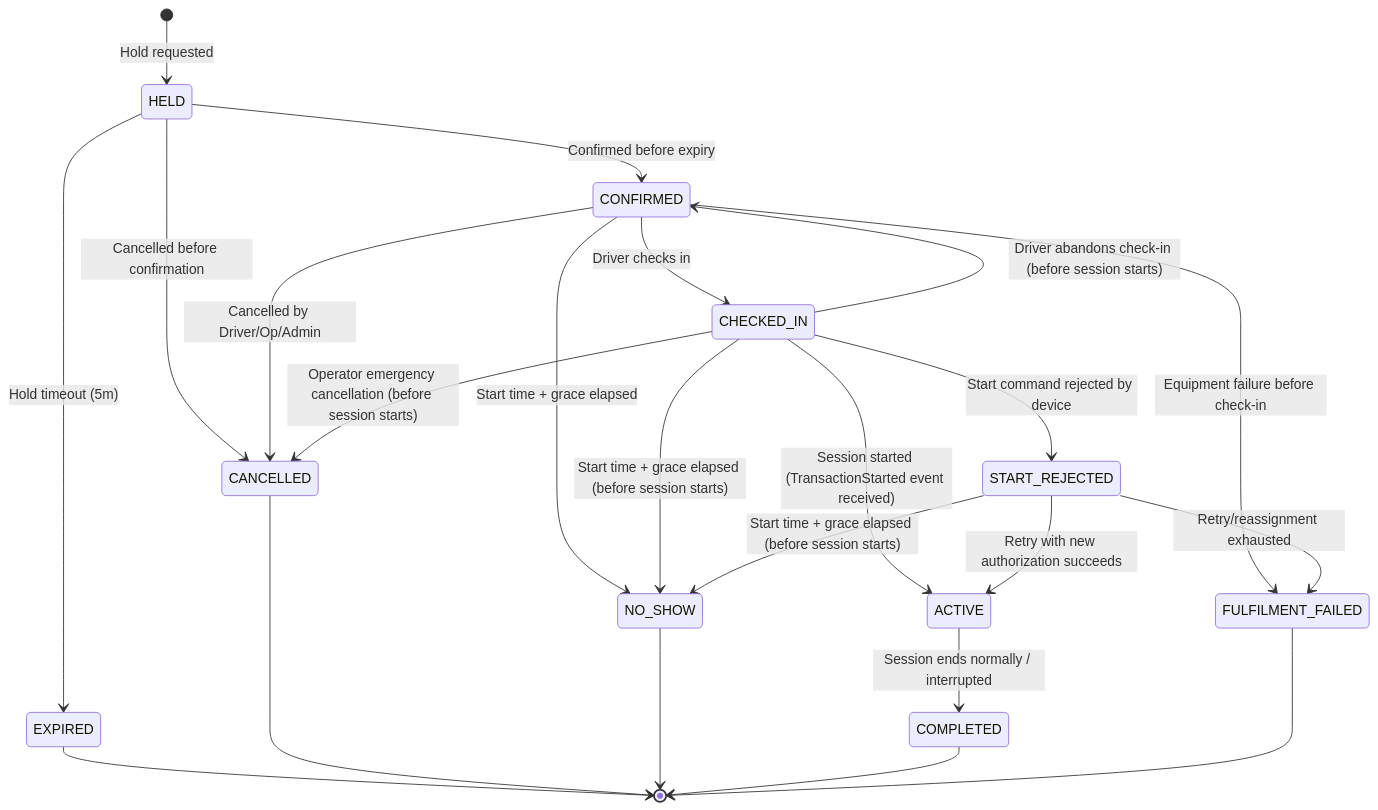
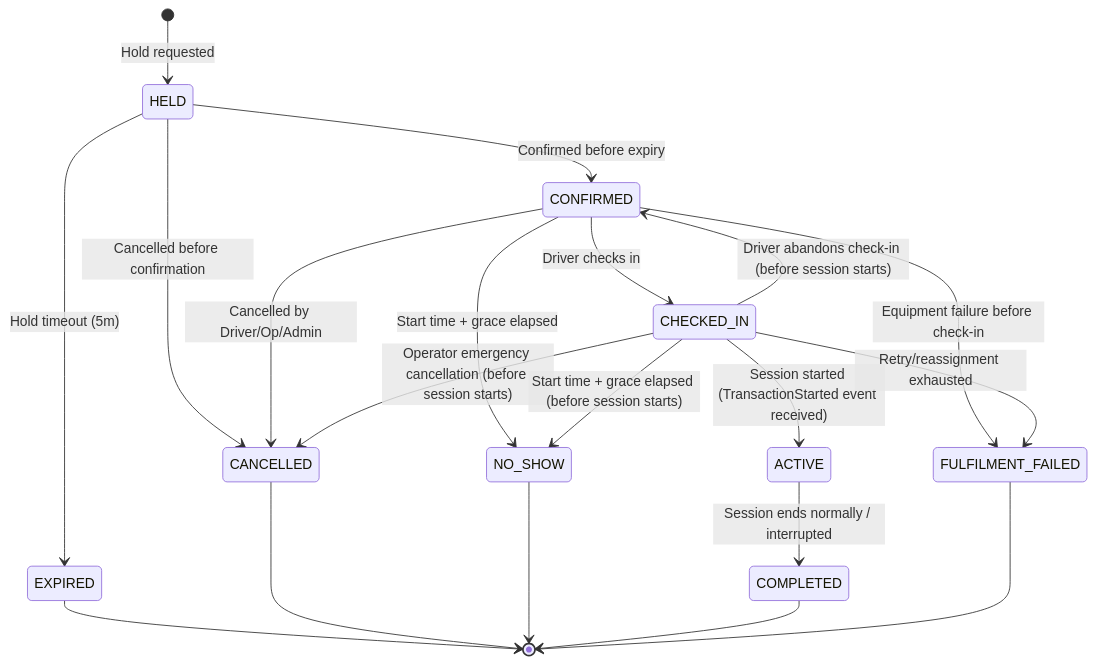
The diagram in docs/03_domain/02_lifecycle_and_invariant_catalogue_v1.0.md (panospao7/Ev-chargind-station), drawn with Mermaid before and after one commit. The commit also changed other lines of this file and 12 other files, not shown here.

````diff
--- a/docs/03_domain/02_lifecycle_and_invariant_catalogue_v1.0.md
+++ b/docs/03_domain/02_lifecycle_and_invariant_catalogue_v1.0.md
@@ -20,25 +20,22 @@
 ```mermaid
 stateDiagram-v2
     [*] --> HELD : Hold requested
     HELD --> CONFIRMED : Confirmed before expiry
     HELD --> EXPIRED : Hold timeout (5m)
     HELD --> CANCELLED : Cancelled before confirmation
     CONFIRMED --> CHECKED_IN : Driver checks in
     CONFIRMED --> CANCELLED : Cancelled by Driver/Op/Admin
     CONFIRMED --> NO_SHOW : Start time + grace elapsed
     CONFIRMED --> FULFILMENT_FAILED : Equipment failure before check-in
     CHECKED_IN --> ACTIVE : Session started (TransactionStarted event received)
-    CHECKED_IN --> START_REJECTED : Start command rejected by device
     CHECKED_IN --> CONFIRMED : Driver abandons check-in (before session starts)
     CHECKED_IN --> CANCELLED : Operator emergency cancellation (before session starts)
     CHECKED_IN --> NO_SHOW : Start time + grace elapsed (before session starts)
-    START_REJECTED --> ACTIVE : Retry with new authorization succeeds
-    START_REJECTED --> FULFILMENT_FAILED : Retry/reassignment exhausted
-    START_REJECTED --> NO_SHOW : Start time + grace elapsed (before session starts)
+    CHECKED_IN --> FULFILMENT_FAILED : Retry/reassignment exhausted
     ACTIVE --> COMPLETED : Session ends normally / interrupted
     EXPIRED --> [*]
     CANCELLED --> [*]
     NO_SHOW --> [*]
     COMPLETED --> [*]
     FULFILMENT_FAILED --> [*]
 ```
````
